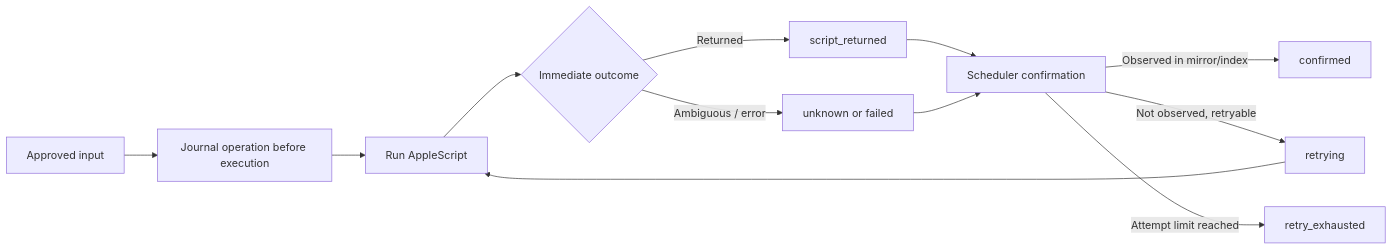
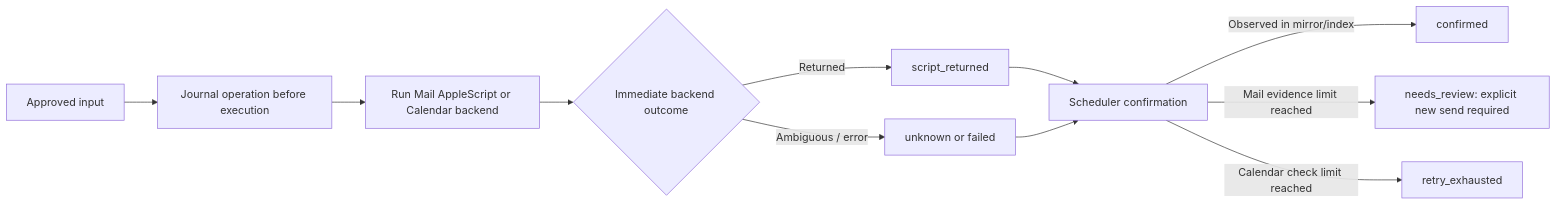
Before and after one commit to iFralex/Steward: diagram 12 of 15 in README.md, drawn with Mermaid. The commit also changed other lines of this file and 15 other files, not shown here.

````diff
--- a/README.md
+++ b/README.md
@@ -1251,14 +1449,13 @@
 ```mermaid
 flowchart LR
     A[Approved input] --> B[Journal operation before execution]
-    B --> C[Run AppleScript]
-    C --> D{Immediate outcome}
+    B --> C[Run Mail AppleScript or Calendar backend]
+    C --> D{Immediate backend outcome}
     D -->|Returned| E[script_returned]
     D -->|Ambiguous / error| F[unknown or failed]
     E --> G[Scheduler confirmation]
     F --> G
     G -->|Observed in mirror/index| H[confirmed]
-    G -->|Not observed, retryable| I[retrying]
-    I --> C
-    G -->|Attempt limit reached| J[retry_exhausted]
+    G -->|Mail evidence limit reached| I[needs_review: explicit new send required]
+    G -->|Calendar check limit reached| J[retry_exhausted]
 ```
````
